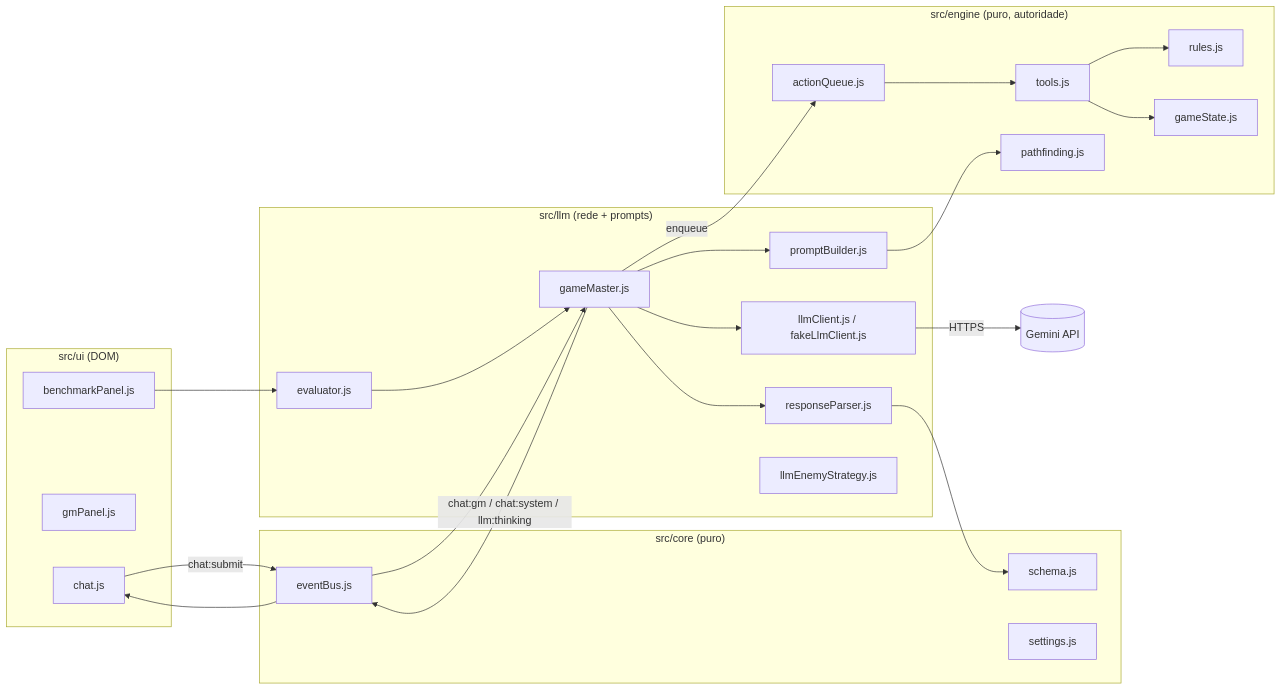
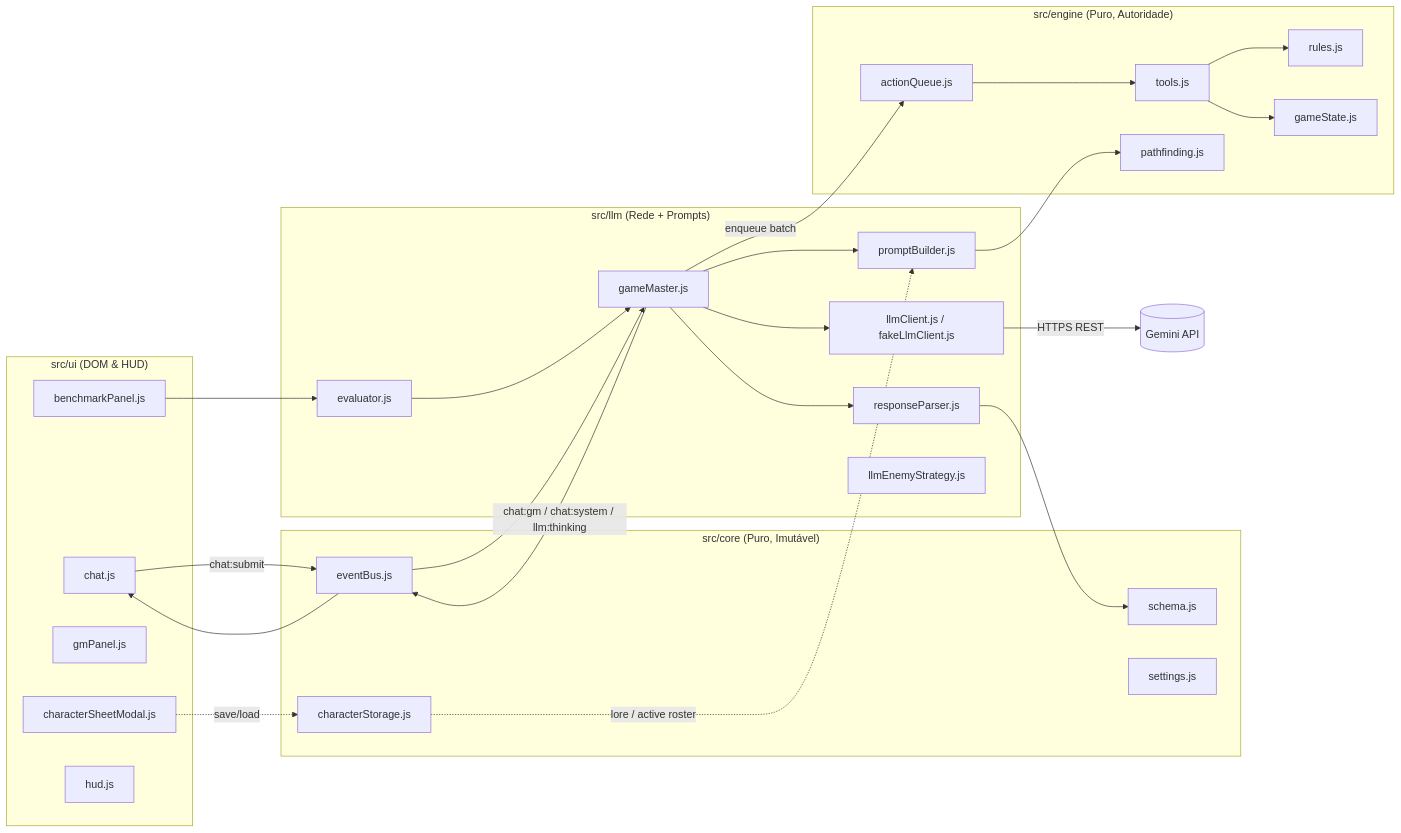
Before and after one commit to ByakuRafa/RPG_LLM: the first of 3 diagrams in llm_workflow_tecnico.md, drawn with Mermaid. The commit also changed other lines of this file, not shown here.

````diff
--- a/llm_workflow_tecnico.md
+++ b/llm_workflow_tecnico.md
@@ -45,38 +52,47 @@
 ```mermaid
 flowchart LR
-  subgraph UI["src/ui (DOM)"]
+  subgraph UI["src/ui (DOM & HUD)"]
     CHAT[chat.js]
+    CSM[characterSheetModal.js]
     GMP[gmPanel.js]
     BENCH[benchmarkPanel.js]
+    HUD[hud.js]
   end
-  subgraph LLM["src/llm (rede + prompts)"]
+
+  subgraph LLM["src/llm (Rede + Prompts)"]
     GM[gameMaster.js]
     PB[promptBuilder.js]
     RP[responseParser.js]
     CL["llmClient.js / fakeLlmClient.js"]
     EV[evaluator.js]
     ES[llmEnemyStrategy.js]
   end
-  subgraph CORE["src/core (puro)"]
+
+  subgraph CORE["src/core (Puro, Imutável)"]
     SC[schema.js]
+    CS[characterStorage.js]
     BUS[eventBus.js]
     SET[settings.js]
   end
-  subgraph ENG["src/engine (puro, autoridade)"]
+
+  subgraph ENG["src/engine (Puro, Autoridade)"]
     AQ[actionQueue.js]
     TL[tools.js]
     RU[rules.js]
     GS[gameState.js]
     PF[pathfinding.js]
   end
+
   CHAT -- "chat:submit" --> BUS
   BUS --> GM
+  CSM -. "save/load" .-> CS
+  CS -. "lore / active roster" .-> PB
   GM --> PB --> PF
-  GM --> CL -->|HTTPS| GEM[(Gemini API)]
+  GM --> CL -->|HTTPS REST| GEM[(Gemini API)]
   GM --> RP --> SC
-  GM -->|enqueue| AQ --> TL --> RU
+  GM -->|enqueue batch| AQ --> TL --> RU
   TL --> GS
   GM -- "chat:gm / chat:system / llm:thinking" --> BUS --> CHAT
   EV --> GM
   BENCH --> EV
 ```
````
